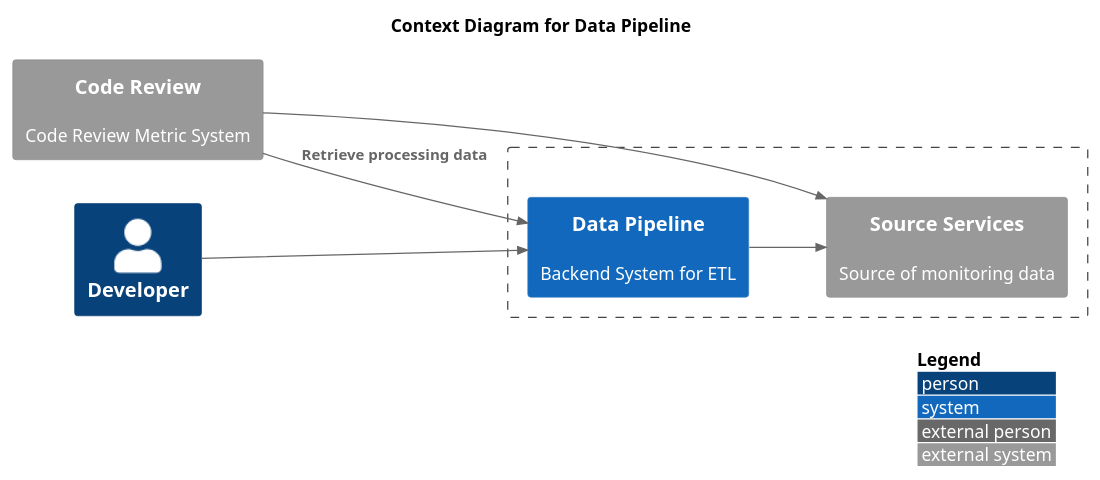
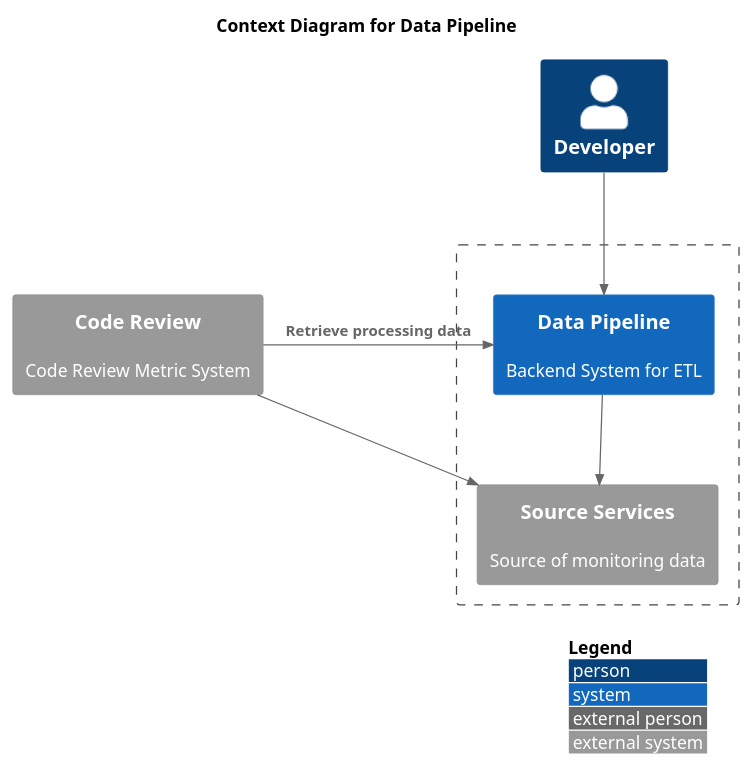
The diagram in _diary/2024-06-19.md (yanghoon/obsidian-workspace), drawn with PlantUML before and after one commit.

Commit message:
vault backup: 2024-06-19 22:30:25

````diff
--- a/_diary/2024-06-19.md
+++ b/_diary/2024-06-19.md
@@ -3,21 +3,20 @@
 ```plantuml
 !include <C4/C4_Context.puml>
 
-' LAYOUT_TOP_DOWN()
-LAYOUT_LEFT_RIGHT()
+LAYOUT_TOP_DOWN()
 LAYOUT_WITH_LEGEND()
 
 title Context Diagram for Data Pipeline
 
 System_Ext(review, "Code Review", "Code Review Metric System")
 Boundary(system, "") {
 	System_Ext(service, "Source Services", "Source of monitoring data")
 	System(app, "Data Pipeline", "Backend System for ETL")
 }
 Person(developer, "Developer", "")
 
-Rel(review, app, "Retrieve processing data")
-Rel(review, service, "")
+Rel_Right(review, app, "Retrieve processing data")
+Rel_Right(review, service, "")
 Rel(app, service, "")
 Rel(developer, app, "")
 ```
````
